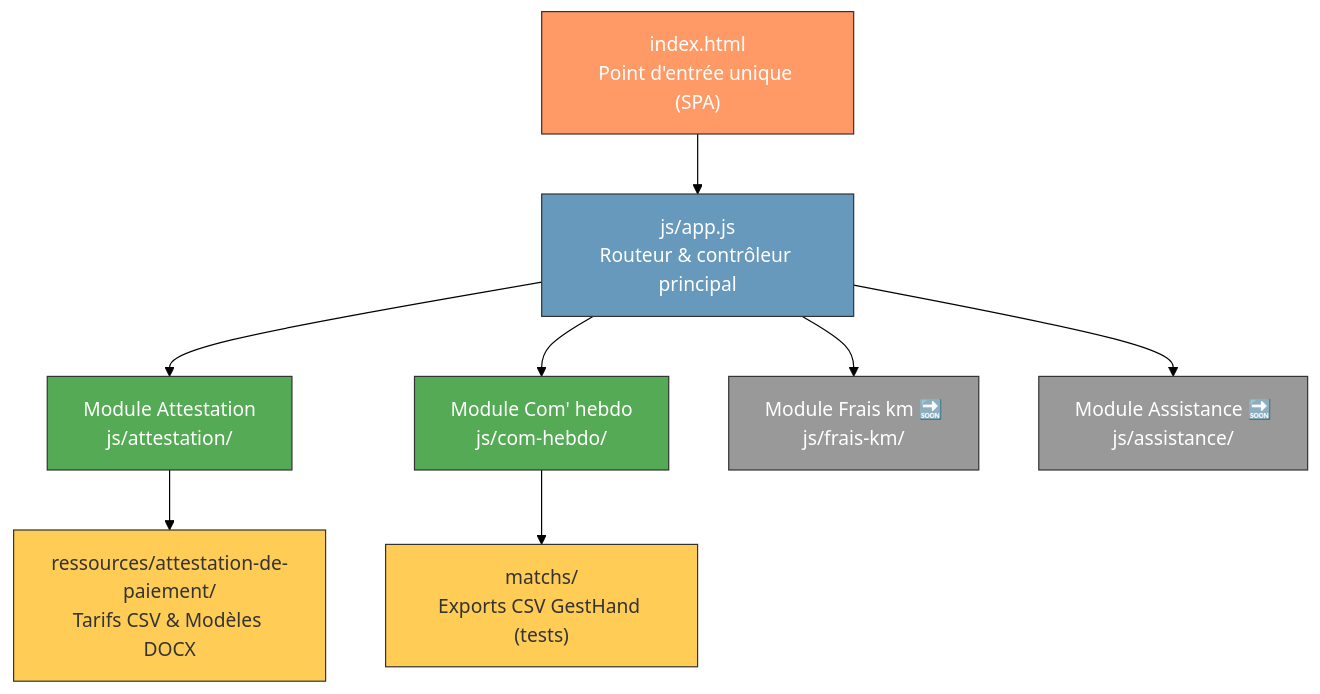
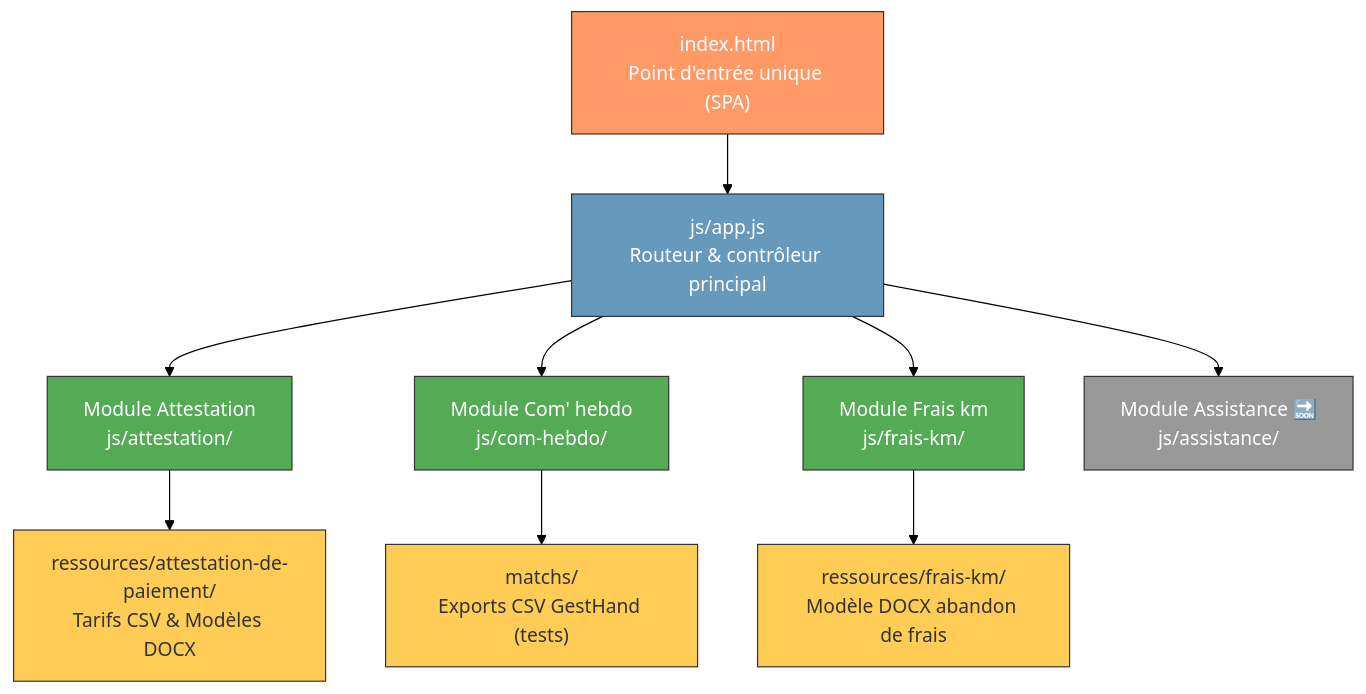
One commit to padewitte/chapelaine-com-hebdo changed the first of 3 diagrams in docs/architecture.md. Above: the diagram before and after it, drawn with Mermaid (forest theme). The commit also changed other lines of this file and 16 other files, not shown here.

Commit message:
Ajoute le module Frais km et la génération Word d'abandon de frais

````diff
--- a/docs/architecture.md
+++ b/docs/architecture.md
@@ -18,22 +18,24 @@
 ```mermaid
 flowchart TD
     ENTREE["index.html<br/>Point d'entrée unique (SPA)"]
     ENTREE --> APP["js/app.js<br/>Routeur & contrôleur principal"]
 
     APP --> MOD_ATT["Module Attestation<br/>js/attestation/"]
     APP --> MOD_COM["Module Com' hebdo<br/>js/com-hebdo/"]
-    APP --> MOD_FRM["Module Frais km 🔜<br/>js/frais-km/"]
+    APP --> MOD_FRM["Module Frais km<br/>js/frais-km/"]
     APP --> MOD_ASS["Module Assistance 🔜<br/>js/assistance/"]
 
     MOD_ATT --> RES_ATT["ressources/attestation-de-paiement/<br/>Tarifs CSV & Modèles DOCX"]
     MOD_COM --> FIXTURES["matchs/<br/>Exports CSV GestHand (tests)"]
+    MOD_FRM --> RES_FKM["ressources/frais-km/<br/>Modèle DOCX abandon de frais"]
 
     style ENTREE fill:#f96,stroke:#333,color:#fff
     style APP fill:#69b,stroke:#333,color:#fff
     style MOD_ATT fill:#5a5,stroke:#333,color:#fff
     style MOD_COM fill:#5a5,stroke:#333,color:#fff
-    style MOD_FRM fill:#999,stroke:#333,color:#fff
+    style MOD_FRM fill:#5a5,stroke:#333,color:#fff
     style MOD_ASS fill:#999,stroke:#333,color:#fff
     style RES_ATT fill:#fc5,stroke:#333,color:#333
+    style RES_FKM fill:#fc5,stroke:#333,color:#333
     style FIXTURES fill:#fc5,stroke:#333,color:#333
 ```
````
